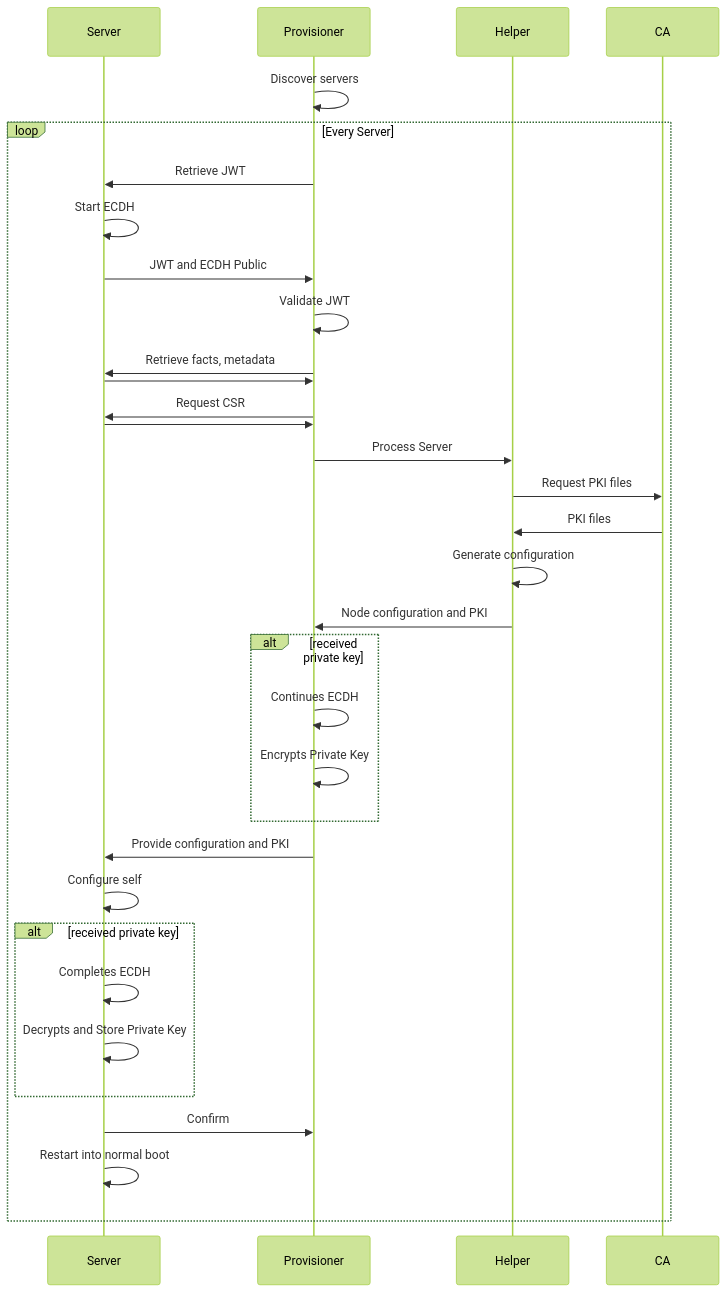
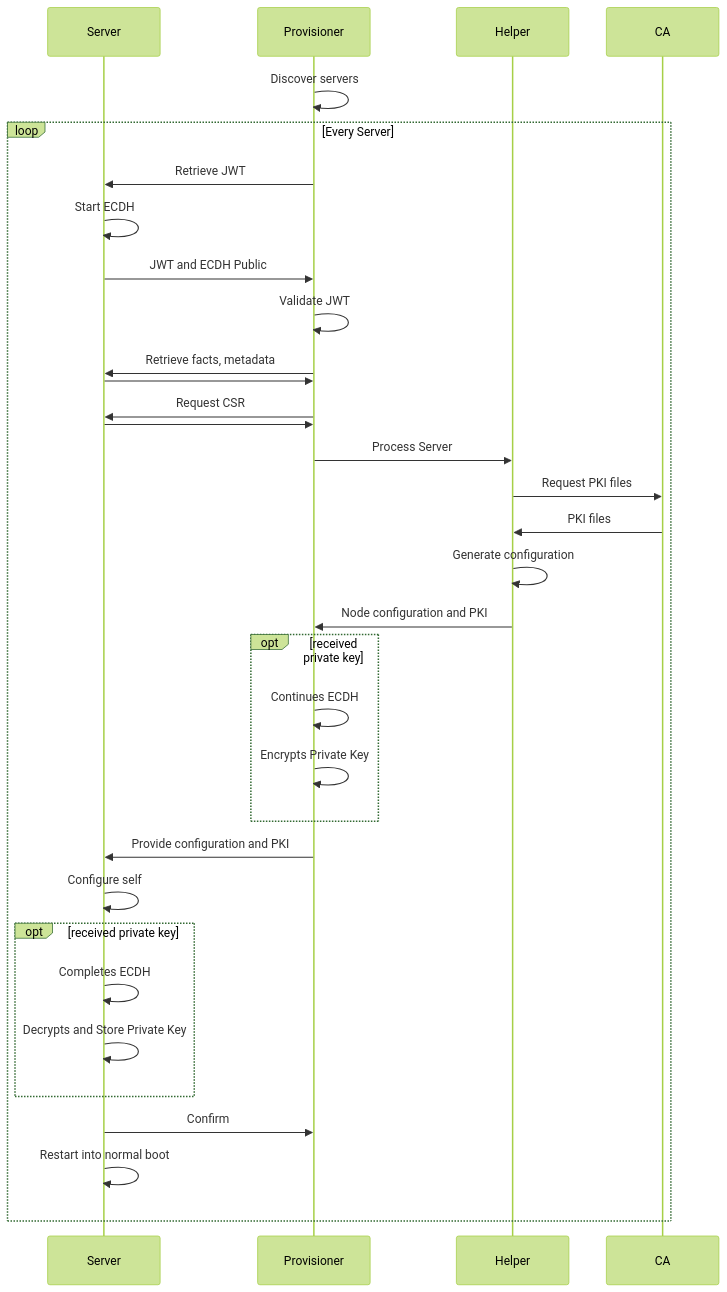
The first of 3 diagrams in docs/content/concepts/large_scale/_index.md (choria-io/website), drawn with Mermaid (forest theme) before and after one commit.

Commit message:
mermaid compat

```diff
--- a/docs/content/concepts/large_scale/_index.md
+++ b/docs/content/concepts/large_scale/_index.md
@@ -102,46 +102,46 @@
 {{<mermaid align="left">}}
 sequenceDiagram
    participant S as Server
    participant P as Provisioner
    participant H as Helper
    participant CA
 
    P ->> P: Discover servers
 
    loop Every Server
       P ->> S: Retrieve JWT
       S ->> S: Start ECDH
       S ->> P: JWT and ECDH Public
       P ->> P: Validate JWT
    
       P ->> S: Retrieve facts, metadata
       S ->> P: 
          
          
       P ->> S: Request CSR
       S ->> P: 
    
       P ->> H: Process Server
       H ->> CA: Request PKI files
       CA ->> H: PKI files
       H ->> H: Generate configuration
       H ->> P: Node configuration and PKI
    
-      alt received private key
+      opt received private key
          P ->> P: Continues ECDH
          P ->> P: Encrypts Private Key
       end
    
       P ->> S: Provide configuration and PKI
       S ->> S: Configure self
    
-      alt received private key
+      opt received private key
          S ->> S: Completes ECDH
          S ->> S: Decrypts and Store Private Key
       end
    
       S ->> P: Confirm
       
       S ->> S: Restart into normal boot
    end
 {{< /mermaid >}}
```
